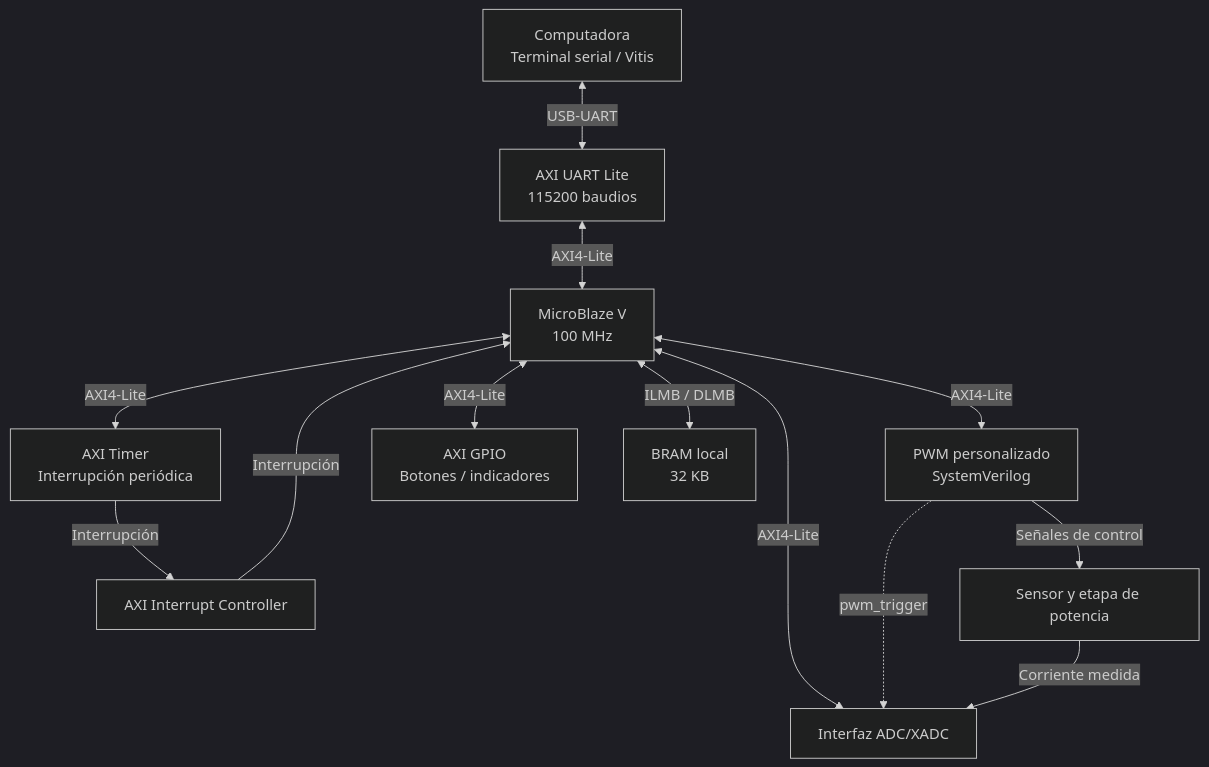
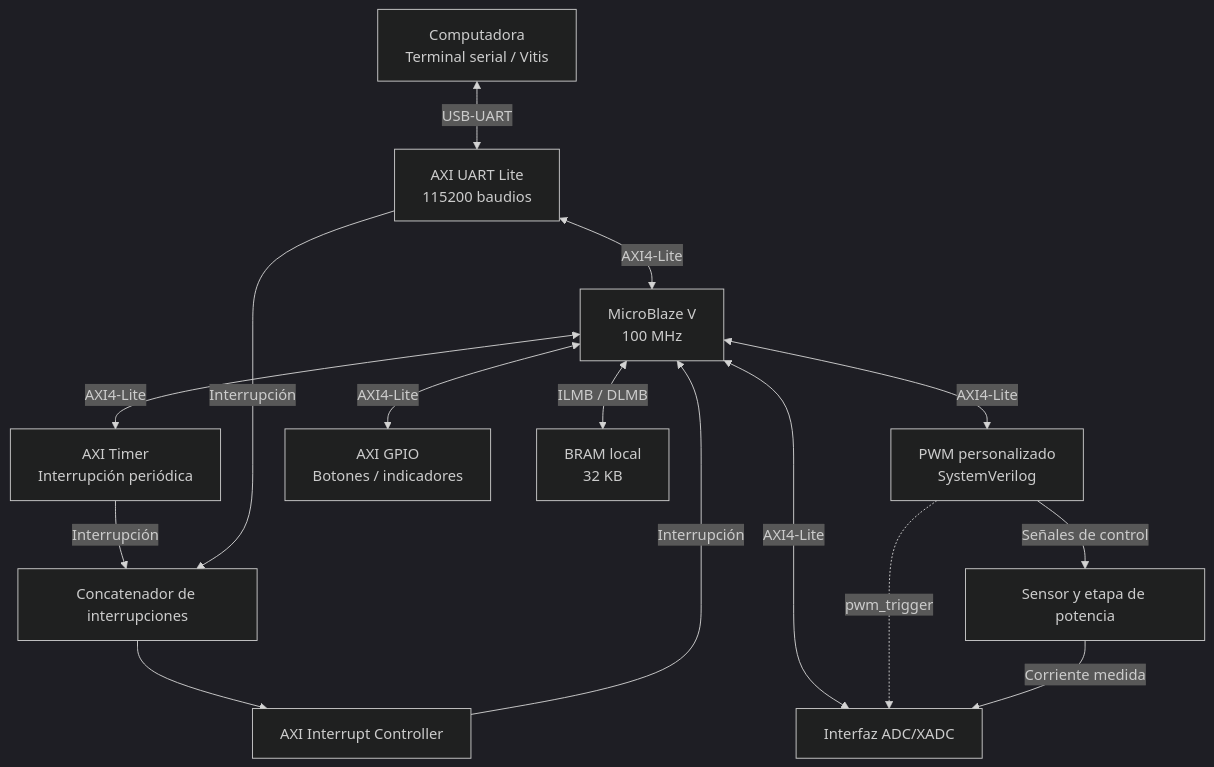
The first of 4 diagrams in docs/diseno/diseno.md (ee-herrerar/EL3313-Proyecto-4), drawn with Mermaid (dark theme) before and after one commit. The commit also changed other lines of this file and 9 other files, not shown here.

````diff
--- a/docs/diseno/diseno.md
+++ b/docs/diseno/diseno.md
@@ -96,26 +102,29 @@
 ```mermaid
 flowchart TD
     PC["Computadora<br/>Terminal serial / Vitis"]
     UART["AXI UART Lite<br/>115200 baudios"]
     CPU["MicroBlaze V<br/>100 MHz"]
     TIMER["AXI Timer<br/>Interrupción periódica"]
     INTC["AXI Interrupt Controller"]
+    IRQ["Concatenador de interrupciones"]
     PWM["PWM personalizado<br/>SystemVerilog"]
     ADC["Interfaz ADC/XADC"]
     GPIO["AXI GPIO<br/>Botones / indicadores"]
     BRAM["BRAM local<br/>32 KB"]
     POWER["Sensor y etapa de potencia"]
 
     PC <-->|USB-UART| UART
-    UART <-->|AXI4-Lite| CPU
     CPU <-->|ILMB / DLMB| BRAM
     CPU <-->|AXI4-Lite| TIMER
     CPU <-->|AXI4-Lite| PWM
     CPU <-->|AXI4-Lite| ADC
     CPU <-->|AXI4-Lite| GPIO
-    TIMER -->|Interrupción| INTC
+    UART <-->|AXI4-Lite| CPU
+    TIMER -->|Interrupción| IRQ
+    UART -->|Interrupción| IRQ
+    IRQ --> INTC
     INTC -->|Interrupción| CPU
     PWM -.->|pwm_trigger| ADC
     POWER -->|Corriente medida| ADC
     PWM -->|Señales de control| POWER
 ```
````
